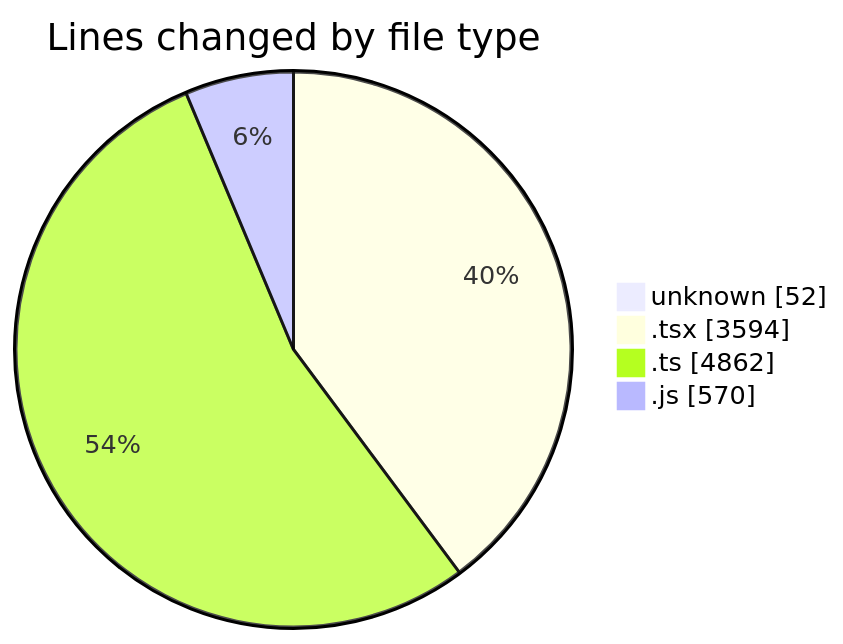
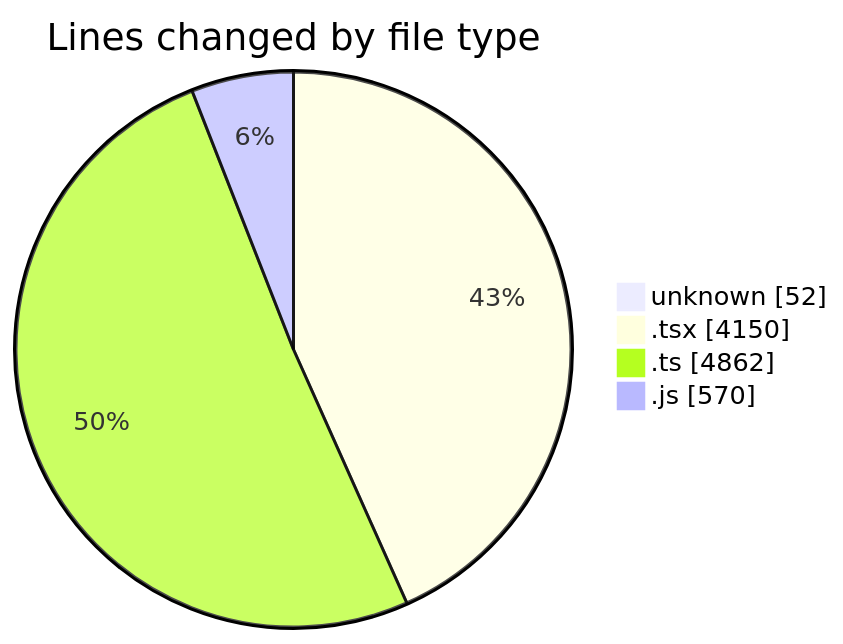
Before and after one commit to CELIANVF/code-tracking: the first of 2 diagrams in 2025-06-02/ecodeli-1/README.md, drawn with Mermaid. The commit also changed other lines of this file and 1 other file, not shown here.

````diff
--- a/2025-06-02/ecodeli-1/README.md
+++ b/2025-06-02/ecodeli-1/README.md
@@ -62,8 +63,8 @@
 ```mermaid
 pie showData
 title Lines changed by file type
 "unknown" : 52
-".tsx" : 3594
+".tsx" : 4150
 ".ts" : 4862
 ".js" : 570
 ```
````
